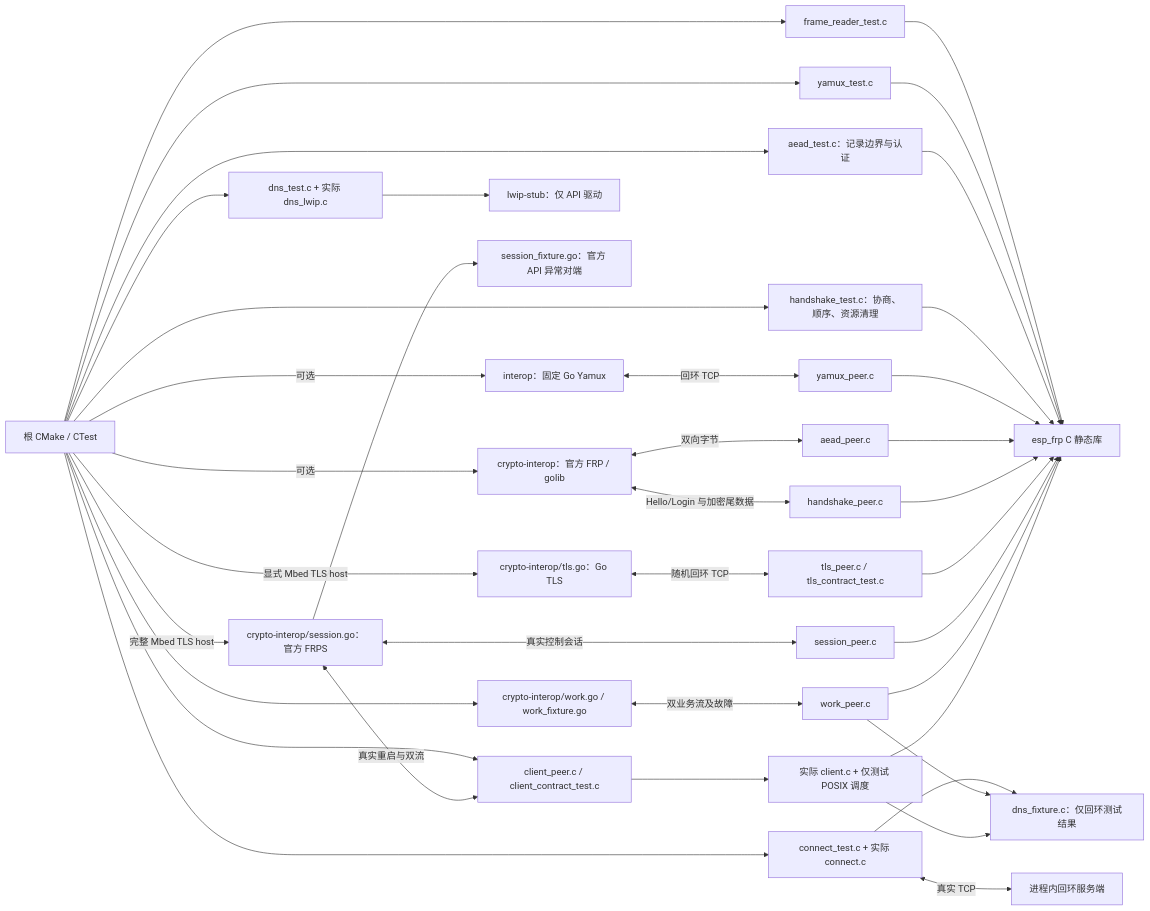
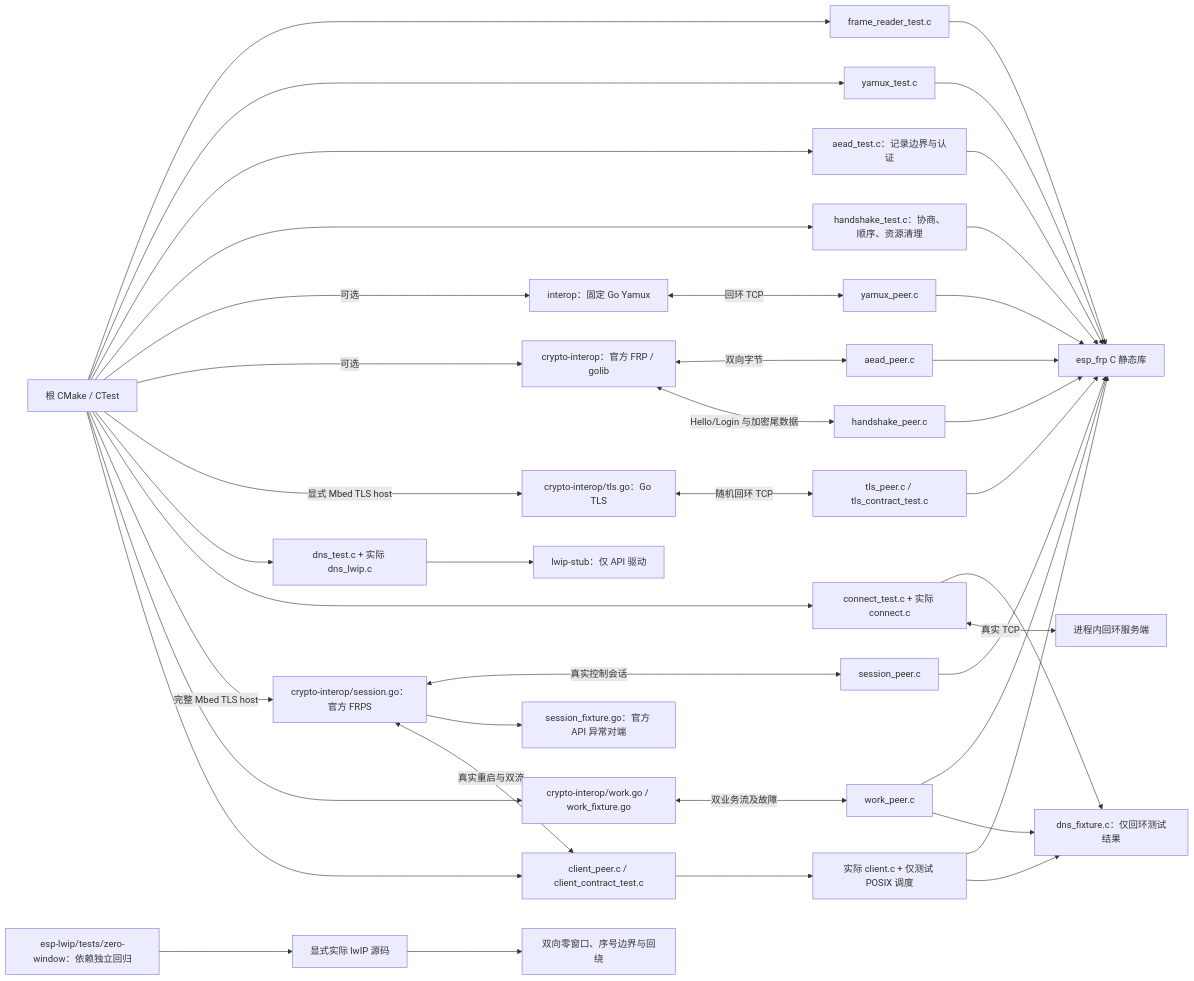
Before and after one commit to darren-you/esp-frp: the diagram in tests/README.md, drawn with Mermaid. The commit also changed other lines of this file and 23 other files, not shown here.

````diff
--- a/tests/README.md
+++ b/tests/README.md
@@ -5,40 +5,42 @@
 ```mermaid
 flowchart LR
     cmake["根 CMake / CTest"] --> wire["frame_reader_test.c"]
     cmake --> mux["yamux_test.c"]
     cmake --> aead["aead_test.c：记录边界与认证"]
     cmake --> handshake["handshake_test.c：协商、顺序、资源清理"]
     wire --> lib["esp_frp C 静态库"]
     mux --> lib
     aead --> lib
     handshake --> lib
     cmake -->|"可选"| upstream["interop：固定 Go Yamux"]
     upstream <-->|"回环 TCP"| peer["yamux_peer.c"]
     peer --> lib
     cmake -->|"可选"| crypto["crypto-interop：官方 FRP / golib"]
     crypto <-->|"双向字节"| cp["aead_peer.c"]
     cp --> lib
     crypto <-->|"Hello/Login 与加密尾数据"| hp["handshake_peer.c"]
     hp --> lib
     cmake -->|"显式 Mbed TLS host"| tls["crypto-interop/tls.go：Go TLS"]
     tls <-->|"随机回环 TCP"| tp["tls_peer.c / tls_contract_test.c"]
     tp --> lib
     cmake --> dns["dns_test.c + 实际 dns_lwip.c"]
     dns --> stub["lwip-stub：仅 API 驱动"]
     cmake --> tcp["connect_test.c + 实际 connect.c"]
     tcp --> fixture["dns_fixture.c：仅回环测试结果"]
     tcp <-->|"真实 TCP"| socket["进程内回环服务端"]
     cmake -->|"完整 Mbed TLS host"| session["crypto-interop/session.go：官方 FRPS"]
     session <-->|"真实控制会话"| sp["session_peer.c"]
     sp --> lib
     session --> faults["session_fixture.go：官方 API 异常对端"]
     cmake --> work["crypto-interop/work.go / work_fixture.go"]
     work <-->|"双业务流及故障"| wp["work_peer.c"]
     wp --> lib
     wp --> fixture
     cmake --> client["client_peer.c / client_contract_test.c"]
     client --> worker["实际 client.c + 仅测试 POSIX 调度"]
     worker --> lib
     worker --> fixture
     session <-->|"真实重启与双流"| client
+    dependency["esp-lwip/tests/zero-window：依赖独立回归"] --> sdk["显式实际 lwIP 源码"]
+    sdk --> zero["双向零窗口、序号边界与回绕"]
 ```
````
